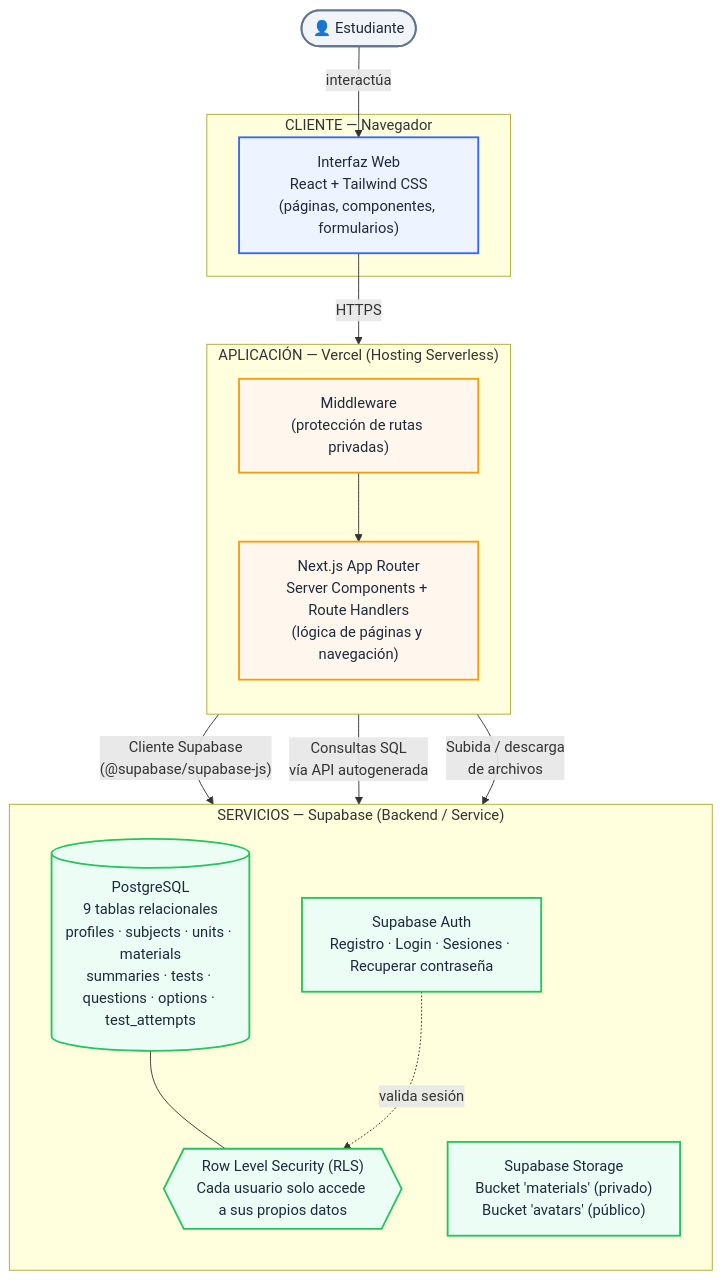
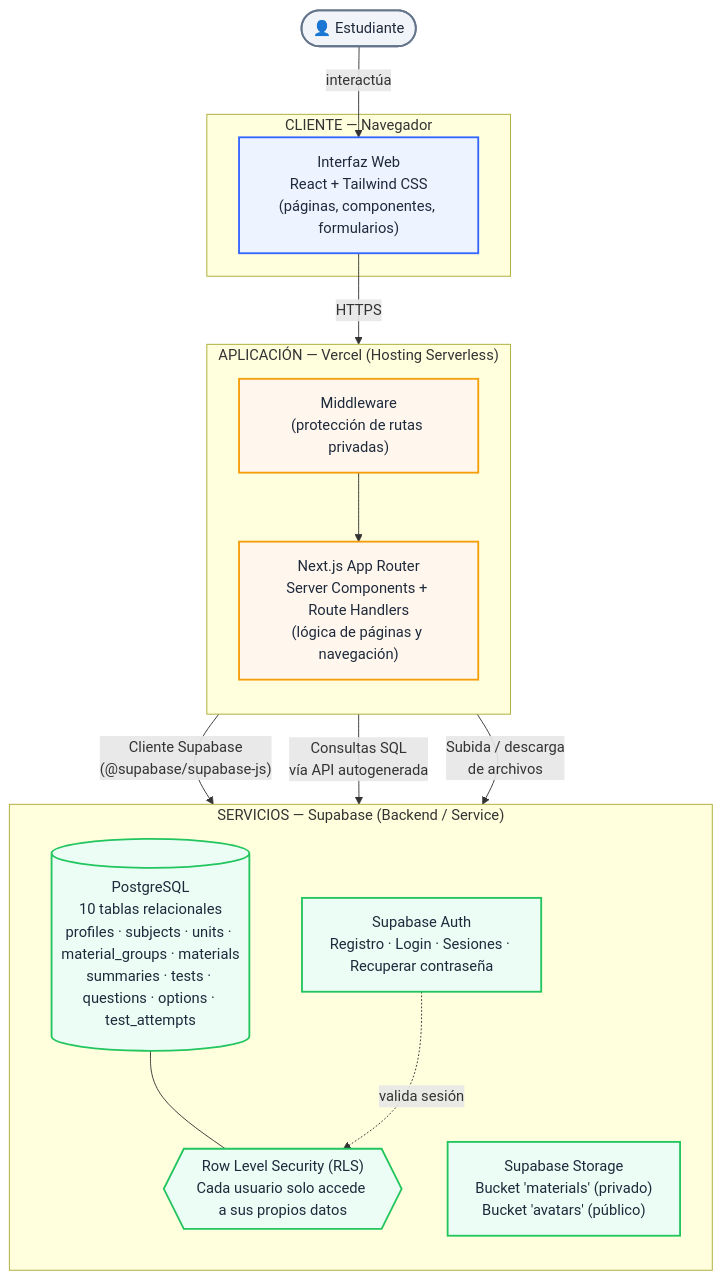
One commit to Milaa-jh/CamilaDroguettDOUCcapstone_2026_duoc_alameda changed the diagram in README.md. Above: the diagram before and after it, drawn with Mermaid. The commit also changed other lines of this file, not shown here.

````diff
--- a/README.md
+++ b/README.md
@@ -189,41 +196,41 @@
 ```mermaid
 flowchart TB
     User(["👤 Estudiante"])
 
     subgraph Client["CLIENTE — Navegador"]
         Browser["Interfaz Web<br/>React + Tailwind CSS<br/>(páginas, componentes, formularios)"]
     end
 
     subgraph Vercel["APLICACIÓN — Vercel (Hosting Serverless)"]
         direction TB
         Middleware["Middleware<br/>(protección de rutas privadas)"]
         NextApp["Next.js App Router<br/>Server Components + Route Handlers<br/>(lógica de páginas y navegación)"]
         Middleware --> NextApp
     end
 
     subgraph Supabase["SERVICIOS — Supabase (Backend / Service)"]
         direction TB
         Auth["Supabase Auth<br/>Registro · Login · Sesiones · Recuperar contraseña"]
-        DB[("PostgreSQL<br/>9 tablas relacionales<br/>profiles · subjects · units · materials<br/>summaries · tests · questions · options · test_attempts")]
+        DB[("PostgreSQL<br/>10 tablas relacionales<br/>profiles · subjects · units · material_groups · materials<br/>summaries · tests · questions · options · test_attempts")]
         RLS{{"Row Level Security (RLS)<br/>Cada usuario solo accede a sus propios datos"}}
         Storage["Supabase Storage<br/>Bucket 'materials' (privado)<br/>Bucket 'avatars' (público)"]
         DB --- RLS
     end
 
     User -->|"interactúa"| Browser
     Browser -->|"HTTPS"| Middleware
     NextApp -->|"Cliente Supabase<br/>(@supabase/supabase-js)"| Auth
     NextApp -->|"Consultas SQL<br/>vía API autogenerada"| DB
     NextApp -->|"Subida / descarga<br/>de archivos"| Storage
     Auth -.->|"valida sesión"| RLS
 
     classDef client fill:#eef4ff,stroke:#3466ff,stroke-width:2px,color:#1e293b
     classDef app fill:#fff7ed,stroke:#f59e0b,stroke-width:2px,color:#1e293b
     classDef service fill:#ecfdf5,stroke:#22c55e,stroke-width:2px,color:#1e293b
     classDef user fill:#f1f5f9,stroke:#64748b,stroke-width:2px,color:#1e293b
 
     class Browser client
     class Middleware,NextApp app
     class Auth,DB,RLS,Storage service
     class User user
 ```
````
